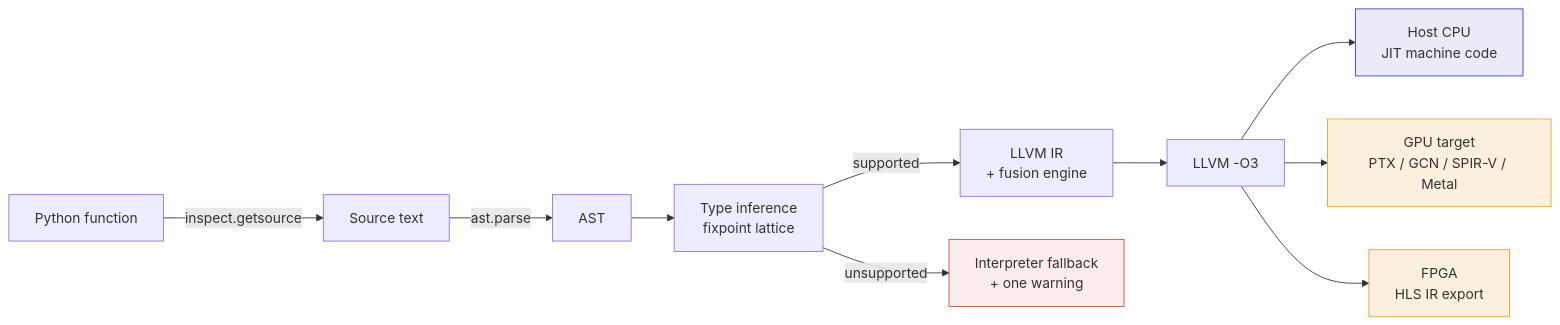
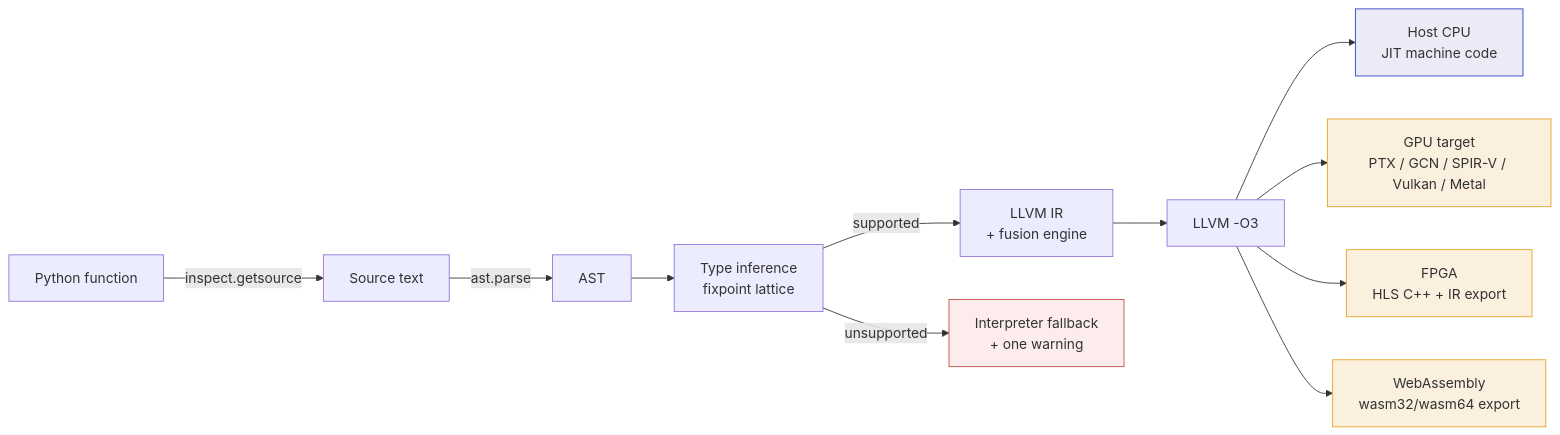
Before and after one commit to ezducate/HanaJit: the fifth of 5 diagrams in README.md, drawn with Mermaid. The commit also changed other lines of this file and 16 other files, not shown here.

First line of the commit message:
Adding WASM and updating Vulkan updates

````diff
--- a/README.md
+++ b/README.md
@@ -379,16 +387,18 @@
 ```mermaid
 flowchart LR
     A[Python function] -->|inspect.getsource| B[Source text]
     B -->|ast.parse| C[AST]
     C --> D[Type inference<br/>fixpoint lattice]
     D -->|supported| E[LLVM IR<br/>+ fusion engine]
     D -->|unsupported| F[Interpreter fallback<br/>+ one warning]
     E --> G[LLVM -O3]
     G --> H1[Host CPU<br/>JIT machine code]
-    G --> H2[GPU target<br/>PTX / GCN / SPIR-V / Metal]
-    G --> H3[FPGA<br/>HLS IR export]
+    G --> H2[GPU target<br/>PTX / GCN / SPIR-V / Vulkan / Metal]
+    G --> H3[FPGA<br/>HLS C++ + IR export]
+    G --> H4[WebAssembly<br/>wasm32/wasm64 export]
     style F fill:#FDECEC,stroke:#C44B3F
     style H1 fill:#EAEBF6,stroke:#2B3FC4
     style H2 fill:#FBF0DD,stroke:#E8A020
     style H3 fill:#FBF0DD,stroke:#E8A020
+    style H4 fill:#FBF0DD,stroke:#E8A020
 ```
````
